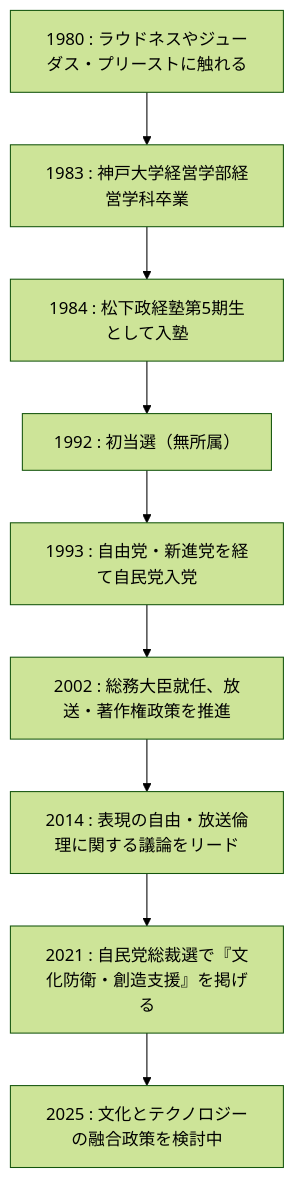
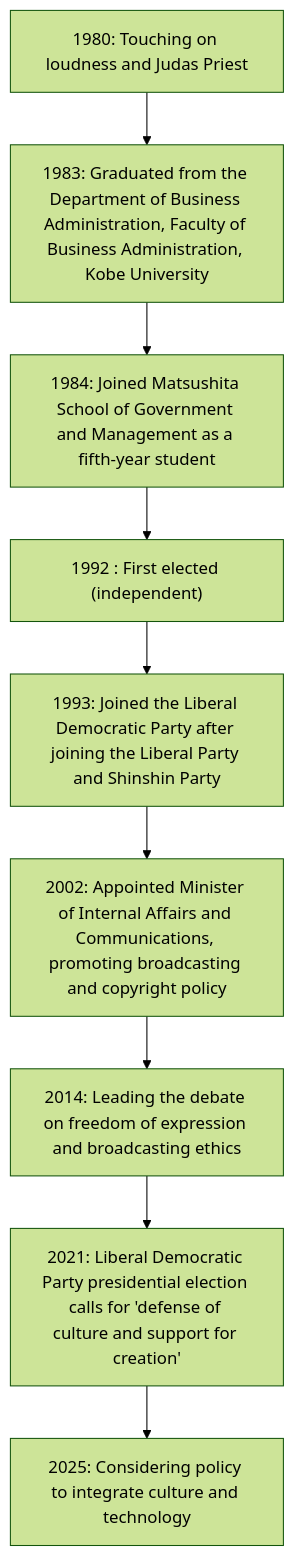
Before and after one commit to monumental-movement/monumental-movement.github.io: the second of 3 diagrams in en/_posts/2025-10-25-column-takaichi-metal.md, drawn with Mermaid (forest theme). The commit also changed other lines of this file and 152 other files, not shown here.

```diff
--- a/en/_posts/2025-10-25-column-takaichi-metal.md
+++ b/en/_posts/2025-10-25-column-takaichi-metal.md
@@ -131,13 +131,13 @@
 <div class="mermaid">
     
 graph TD
-  A1980["1980 : ラウドネスやジューダス・プリーストに触れる"] --> A1983["1983 : 神戸大学経営学部経営学科卒業"]
-  A1983 --> A1984["1984 : 松下政経塾第5期生として入塾"]
-  A1984 --> A1992["1992 : 初当選（無所属）"]
-  A1992 --> A1993["1993 : 自由党・新進党を経て自民党入党"]
-  A1993 --> A2002["2002 : 総務大臣就任、放送・著作権政策を推進"]
-  A2002 --> A2014["2014 : 表現の自由・放送倫理に関する議論をリード"]
-  A2014 --> A2021["2021 : 自民党総裁選で『文化防衛・創造支援』を掲げる"]
-  A2021 --> A2025["2025 : 文化とテクノロジーの融合政策を検討中"]
+  A1980["1980: Touching on loudness and Judas Priest"] --> A1983["1983: Graduated from the Department of Business Administration, Faculty of Business Administration, Kobe University"]
+  A1983 --> A1984["1984: Joined Matsushita School of Government and Management as a fifth-year student"]
+  A1984 --> A1992["1992 : First elected (independent)"]
+  A1992 --> A1993["1993: Joined the Liberal Democratic Party after joining the Liberal Party and Shinshin Party"]
+  A1993 --> A2002["2002: Appointed Minister of Internal Affairs and Communications, promoting broadcasting and copyright policy"]
+  A2002 --> A2014["2014: Leading the debate on freedom of expression and broadcasting ethics"]
+  A2014 --> A2021["2021: Liberal Democratic Party presidential election calls for 'defense of culture and support for creation'"]
+  A2021 --> A2025["2025: Considering policy to integrate culture and technology"]
 
 </div>
```
